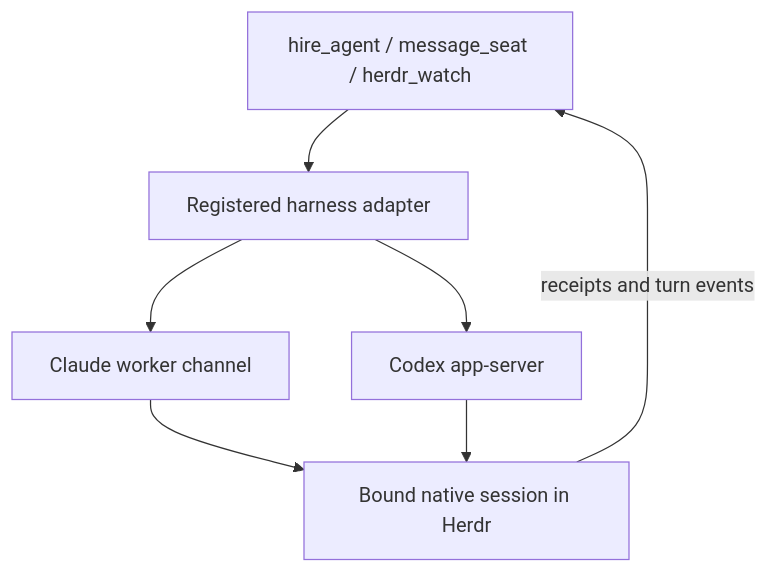
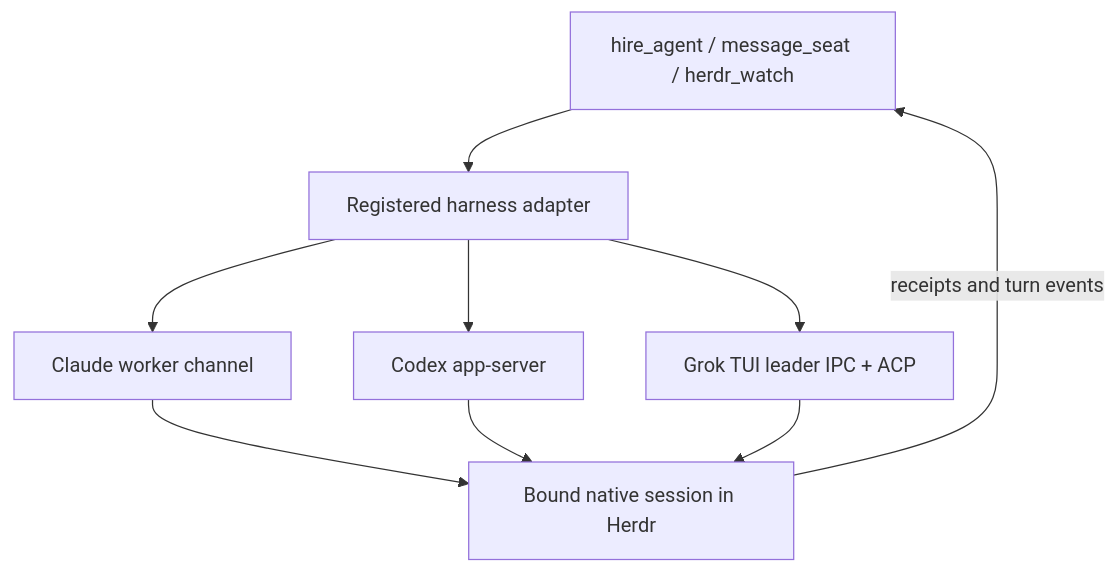
The diagram in packages/agent-hosts/README.md (Volpestyle/clankie), drawn with Mermaid before and after one commit. The commit also changed other lines of this file and 21 other files, not shown here.

````diff
--- a/packages/agent-hosts/README.md
+++ b/packages/agent-hosts/README.md
@@ -68,9 +68,11 @@
 ```mermaid
 flowchart TD
   Tools["hire_agent / message_seat / herdr_watch"] --> Adapter["Registered harness adapter"]
   Adapter --> Claude["Claude worker channel"]
   Adapter --> Codex["Codex app-server"]
+  Adapter --> Grok["Grok TUI leader IPC + ACP"]
   Claude --> Session["Bound native session in Herdr"]
   Codex --> Session
+  Grok --> Session
   Session -->|"receipts and turn events"| Tools
 ```
````
